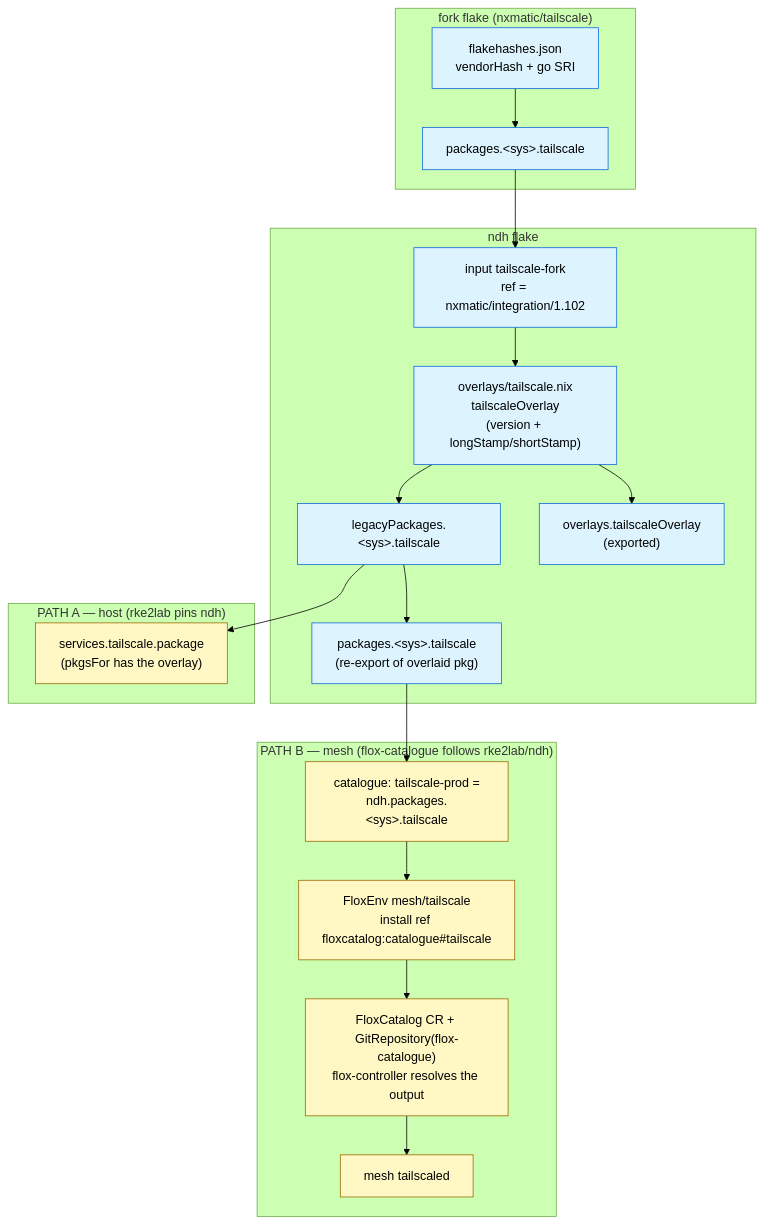
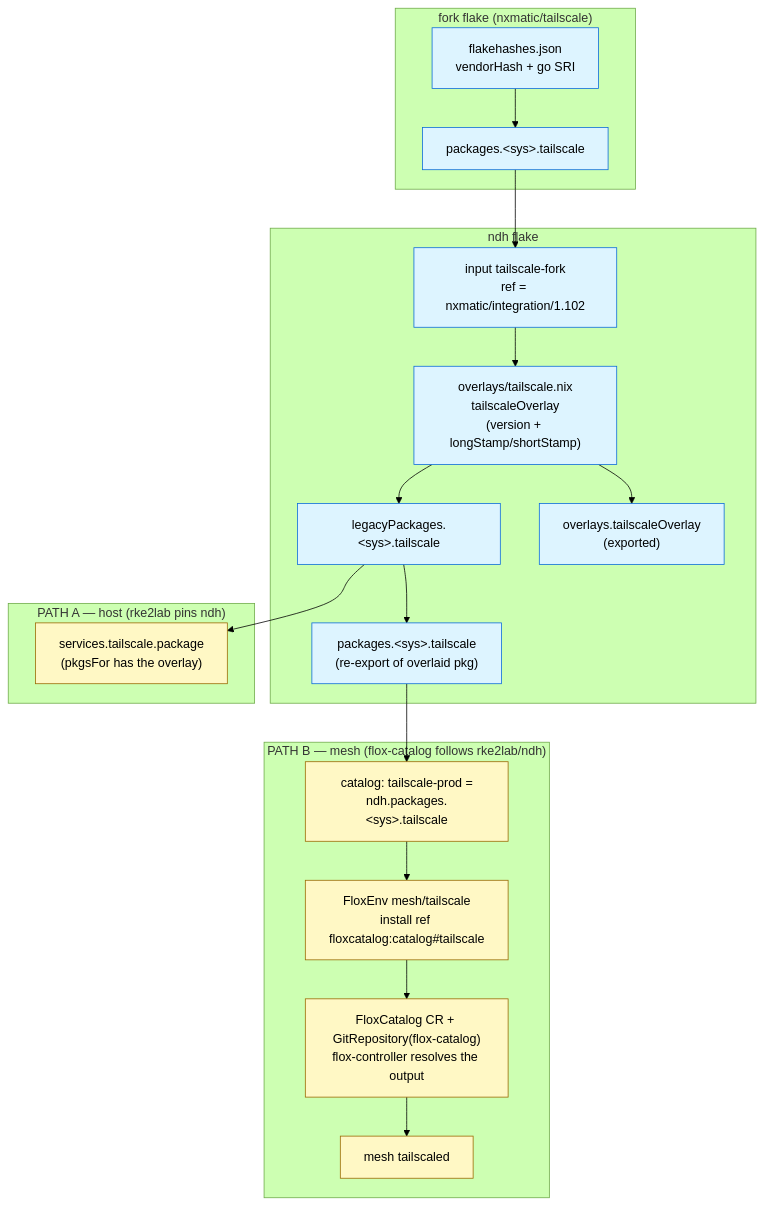
The second of 2 diagrams in docs/architecture/nixos-substrate/tailscale-fork-supply-chain.adoc (seedmatic/rke2lab), drawn with Mermaid (forest theme) before and after one commit. The commit also changed other lines of this file and 21 other files, not shown here.

```diff
--- a/docs/architecture/nixos-substrate/tailscale-fork-supply-chain.adoc
+++ b/docs/architecture/nixos-substrate/tailscale-fork-supply-chain.adoc
@@ -92,42 +92,42 @@
 [mermaid]
 ....
 graph TD
     subgraph fork["fork flake (nxmatic/tailscale)"]
         FH["flakehashes.json<br/>vendorHash + go SRI"]:::art
         FP["packages.&lt;sys&gt;.tailscale"]:::art
         FH --> FP
     end
 
     subgraph ndh["ndh flake"]
         IN["input tailscale-fork<br/>ref = nxmatic/integration/1.102"]:::art
         OV["overlays/tailscale.nix<br/>tailscaleOverlay<br/>(version + longStamp/shortStamp)"]:::art
         LP["legacyPackages.&lt;sys&gt;.tailscale"]:::art
         PK["packages.&lt;sys&gt;.tailscale<br/>(re-export of overlaid pkg)"]:::art
         OX["overlays.tailscaleOverlay<br/>(exported)"]:::art
         IN --> OV
         OV --> LP
         OV --> OX
         LP --> PK
     end
 
     FP --> IN
 
     subgraph hostA["PATH A — host (rke2lab pins ndh)"]
         SVC["services.tailscale.package<br/>(pkgsFor has the overlay)"]:::run
         LP --> SVC
     end
 
-    subgraph meshB["PATH B — mesh (flox-catalogue follows rke2lab/ndh)"]
-        TP["catalogue: tailscale-prod =<br/>ndh.packages.&lt;sys&gt;.tailscale"]:::run
-        FE["FloxEnv mesh/tailscale<br/>install ref floxcatalog:catalogue#tailscale"]:::run
-        FC["FloxCatalog CR + GitRepository(flox-catalogue)<br/>flox-controller resolves the output"]:::run
+    subgraph meshB["PATH B — mesh (flox-catalog follows rke2lab/ndh)"]
+        TP["catalog: tailscale-prod =<br/>ndh.packages.&lt;sys&gt;.tailscale"]:::run
+        FE["FloxEnv mesh/tailscale<br/>install ref floxcatalog:catalog#tailscale"]:::run
+        FC["FloxCatalog CR + GitRepository(flox-catalog)<br/>flox-controller resolves the output"]:::run
         POD["mesh tailscaled"]:::run
         PK --> TP
         TP --> FE
         FE --> FC
         FC --> POD
     end
 
     classDef art fill:#ddf4ff,stroke:#0969da,color:#000;
     classDef run fill:#fff8c5,stroke:#9a6700,color:#000;
 ....
```
